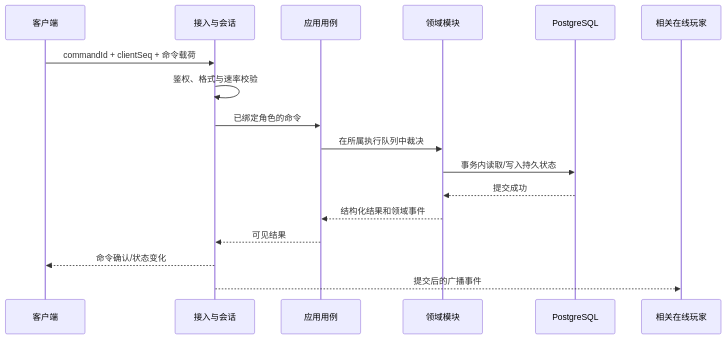
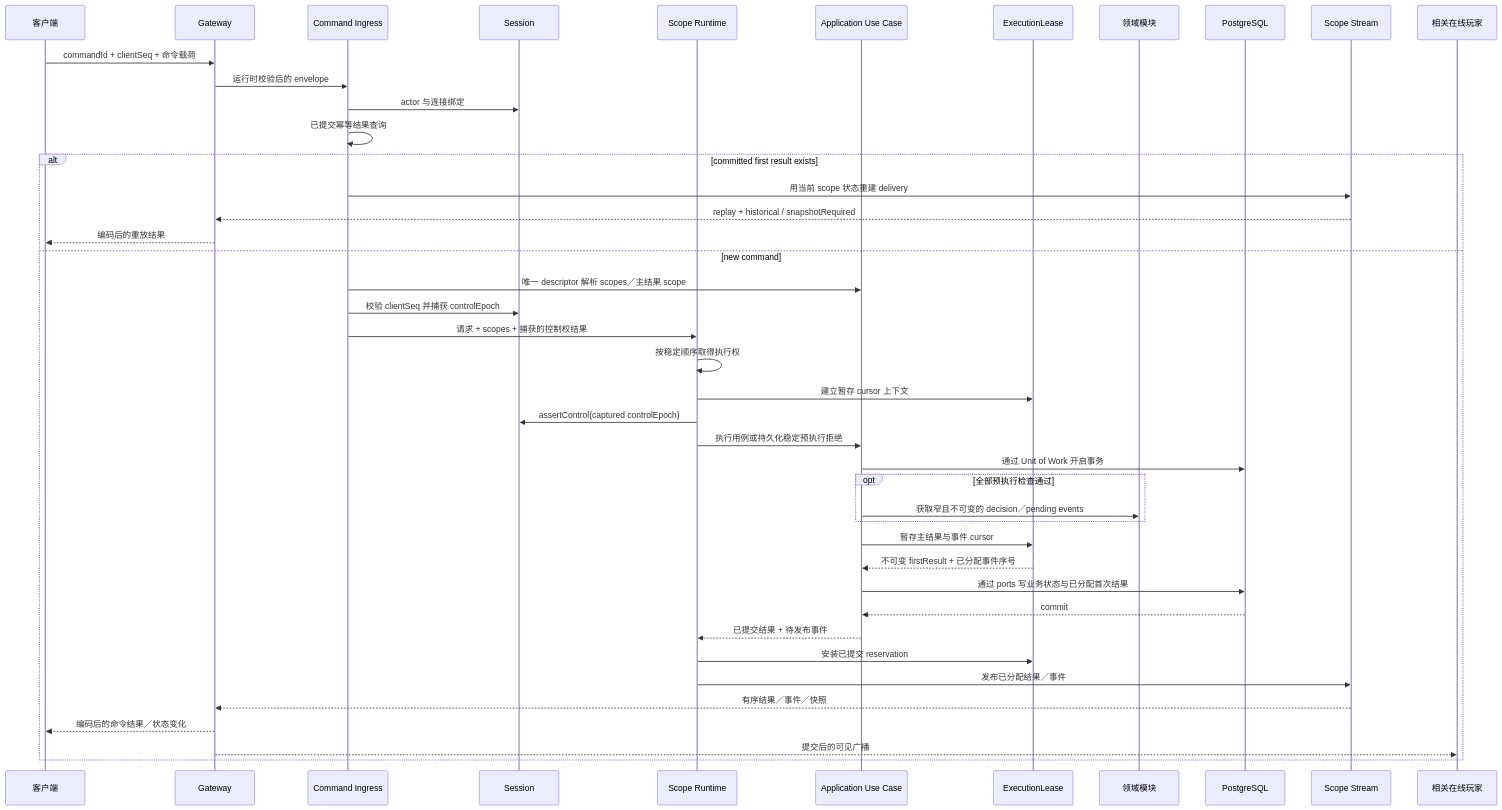
The second of 2 diagrams in docs/architecture.md (tianxingyang/mud-wow), drawn with Mermaid before and after one commit. The commit also changed other lines of this file and 19 other files, not shown here.

````diff
--- a/docs/architecture.md
+++ b/docs/architecture.md
@@ -143,20 +125,46 @@
 ```mermaid
 sequenceDiagram
     participant C as 客户端
-    participant G as 接入与会话
-    participant A as 应用用例
+    participant G as Gateway
+    participant I as Command Ingress
+    participant E as Session
+    participant R as Scope Runtime
+    participant A as Application Use Case
+    participant L as ExecutionLease
     participant D as 领域模块
     participant P as PostgreSQL
+    participant S as Scope Stream
     participant O as 相关在线玩家
 
     C->>G: commandId + clientSeq + 命令载荷
-    G->>G: 鉴权、格式与速率校验
-    G->>A: 已绑定角色的命令
-    A->>D: 在所属执行队列中裁决
-    D->>P: 事务内读取/写入持久状态
-    P-->>D: 提交成功
-    D-->>A: 结构化结果和领域事件
-    A-->>G: 可见结果
-    G-->>C: 命令确认/状态变化
-    G-->>O: 提交后的广播事件
+    G->>I: 运行时校验后的 envelope
+    I->>E: actor 与连接绑定
+    I->>I: 已提交幂等结果查询
+    alt committed first result exists
+        I->>S: 用当前 scope 状态重建 delivery
+        S-->>G: replay + historical / snapshotRequired
+        G-->>C: 编码后的重放结果
+    else new command
+        I->>A: 唯一 descriptor 解析 scopes／主结果 scope
+        I->>E: 校验 clientSeq 并捕获 controlEpoch
+        I->>R: 请求 + scopes + 捕获的控制权结果
+        R->>R: 按稳定顺序取得执行权
+        R->>L: 建立暂存 cursor 上下文
+        R->>E: assertControl(captured controlEpoch)
+        R->>A: 执行用例或持久化稳定预执行拒绝
+        A->>P: 通过 Unit of Work 开启事务
+        opt 全部预执行检查通过
+            A->>D: 获取窄且不可变的 decision／pending events
+        end
+        A->>L: 暂存主结果与事件 cursor
+        L-->>A: 不可变 firstResult + 已分配事件序号
+        A->>P: 通过 ports 写业务状态与已分配首次结果
+        P-->>A: commit
+        A-->>R: 已提交结果 + 待发布事件
+        R->>L: 安装已提交 reservation
+        R->>S: 发布已分配结果／事件
+        S-->>G: 有序结果／事件／快照
+        G-->>C: 编码后的命令结果／状态变化
+        G-->>O: 提交后的可见广播
+    end
 ```
````
